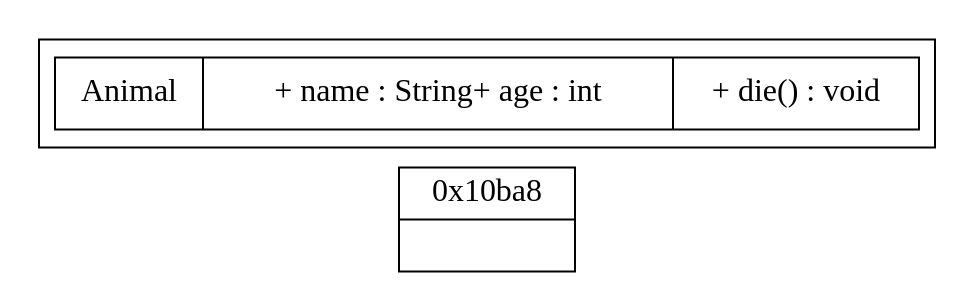
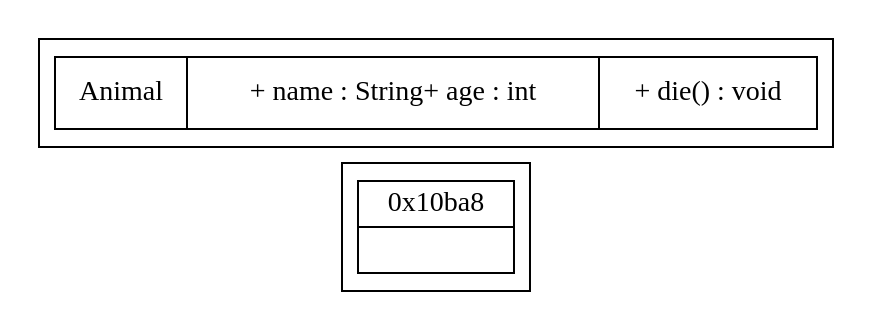
The diagram in dpdk/内存管理.md (sisyphus1212/note), drawn with Graphviz before and after one commit.

Commit message:
auto_update

````diff
--- a/dpdk/内存管理.md
+++ b/dpdk/内存管理.md
@@ -16,19 +16,18 @@
 ```graphviz
 digraph g {
 	rankdir=LR;
-	node [
-	fontsize = "16"
-	shape = "ellipse"
-	];
 	"node0" [
 		label = "0x10ba8| <f1>"
 		shape = "record"
 	];
 	subgraph cluster_0 {
 		Animal[label = "{Animal | + name : String+ age : int |+ die() : void}", shape = "record" ];
 	}
-	subgraph cluster_0 {
-		Animal[label = "{Animal | + name : String+ age : int |+ die() : void}", shape = "record" ];
+	subgraph cluster_1 {
+	"node0" [
+		label = "0x10ba8| <f1>"
+		shape = "record"
+	];
 	}
 }
 ```
````
